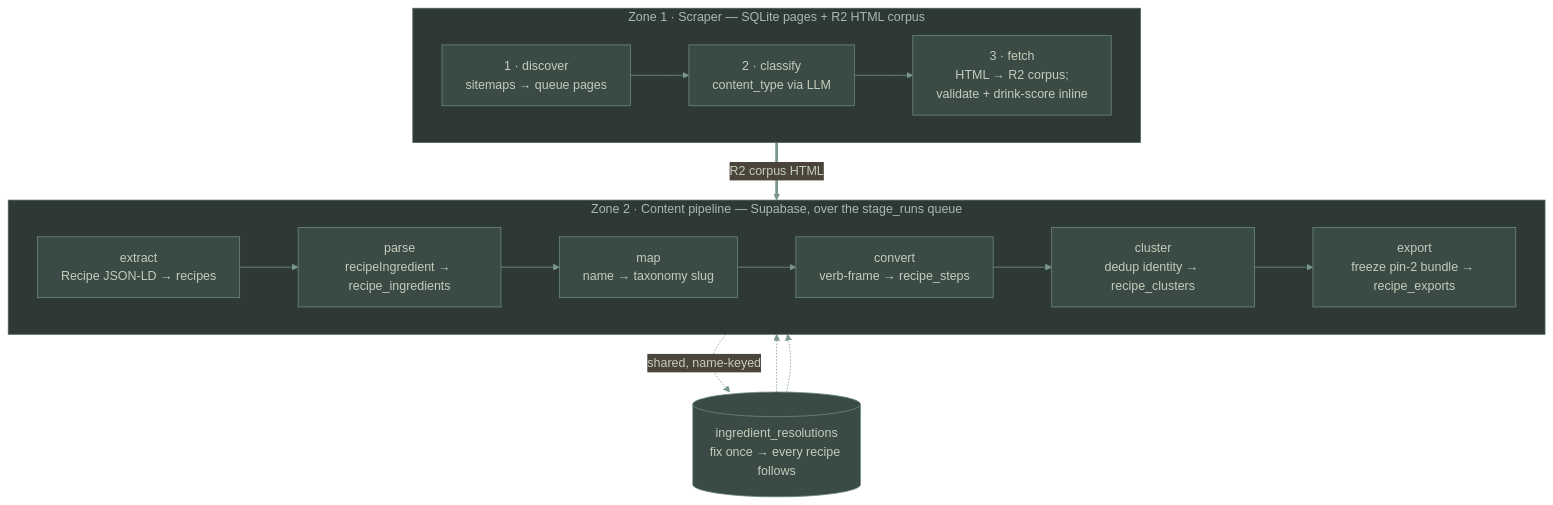
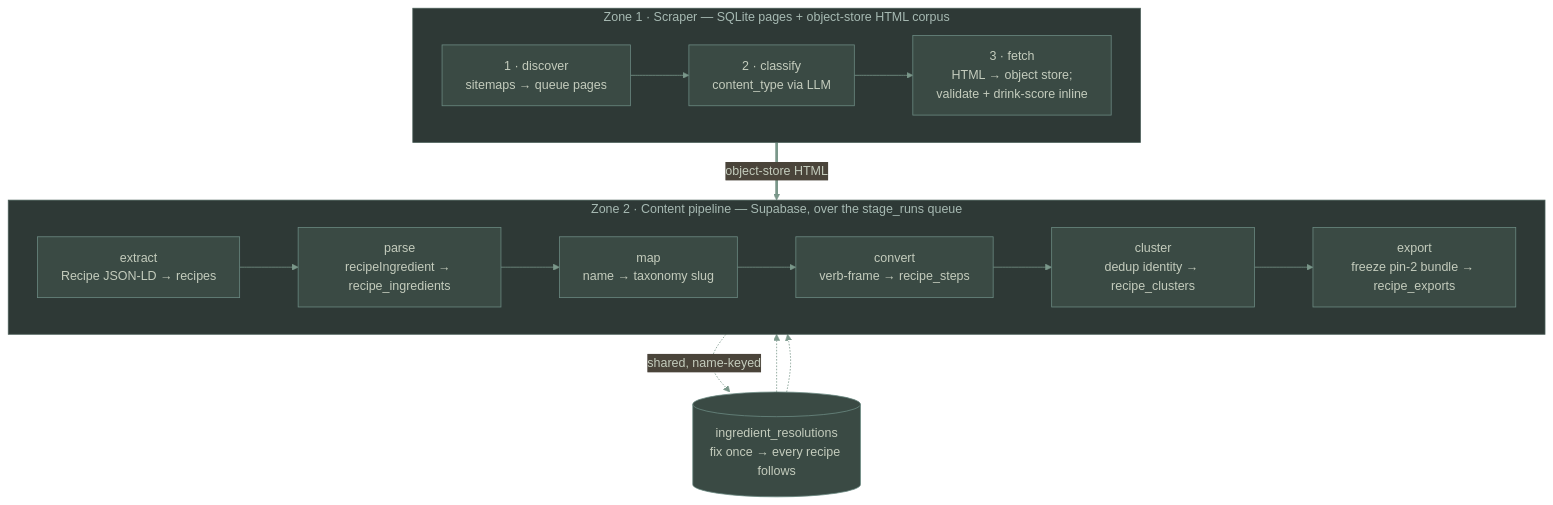
The diagram in docs/pipeline.md (mrjogo/spiritolo), drawn with Mermaid before and after one commit. The commit also changed other lines of this file and 25 other files, not shown here.

````diff
--- a/docs/pipeline.md
+++ b/docs/pipeline.md
@@ -17,36 +17,36 @@
 ```mermaid
 %%{init: {'theme':'base', 'themeVariables': {
   'background': '#2a3531',
   'primaryColor': '#3a4a44',
   'primaryTextColor': '#c4ccbd',
   'primaryBorderColor': '#6b8a82',
   'lineColor': '#7a978a',
   'clusterBkg': '#2e3936',
   'clusterBorder': '#4a5e58',
   'fontFamily': 'system-ui, -apple-system, sans-serif'
 }}}%%
 flowchart TD
-    subgraph Z1 ["Zone 1 · Scraper — SQLite pages + R2 HTML corpus"]
+    subgraph Z1 ["Zone 1 · Scraper — SQLite pages + object-store HTML corpus"]
         direction LR
         D["1 · discover<br/>sitemaps → queue pages"]
         C["2 · classify<br/>content_type via LLM"]
-        F["3 · fetch<br/>HTML → R2 corpus;<br/>validate + drink-score inline"]
+        F["3 · fetch<br/>HTML → object store;<br/>validate + drink-score inline"]
         D --> C --> F
     end
 
     subgraph Z2 ["Zone 2 · Content pipeline — Supabase, over the stage_runs queue"]
         direction LR
         X["extract<br/>Recipe JSON-LD → recipes"]
         P["parse<br/>recipeIngredient → recipe_ingredients"]
         M["map<br/>name → taxonomy slug"]
         CV["convert<br/>verb-frame → recipe_steps"]
         CL["cluster<br/>dedup identity → recipe_clusters"]
         EX["export<br/>freeze pin-2 bundle → recipe_exports"]
         X --> P --> M --> CV --> CL --> EX
     end
 
-    F ==>|R2 corpus HTML| X
+    F ==>|object-store HTML| X
     M -.->|shared, name-keyed| IR[("ingredient_resolutions<br/>fix once → every recipe follows")]
     IR -.-> CV
     IR -.-> EX
 ```
````
